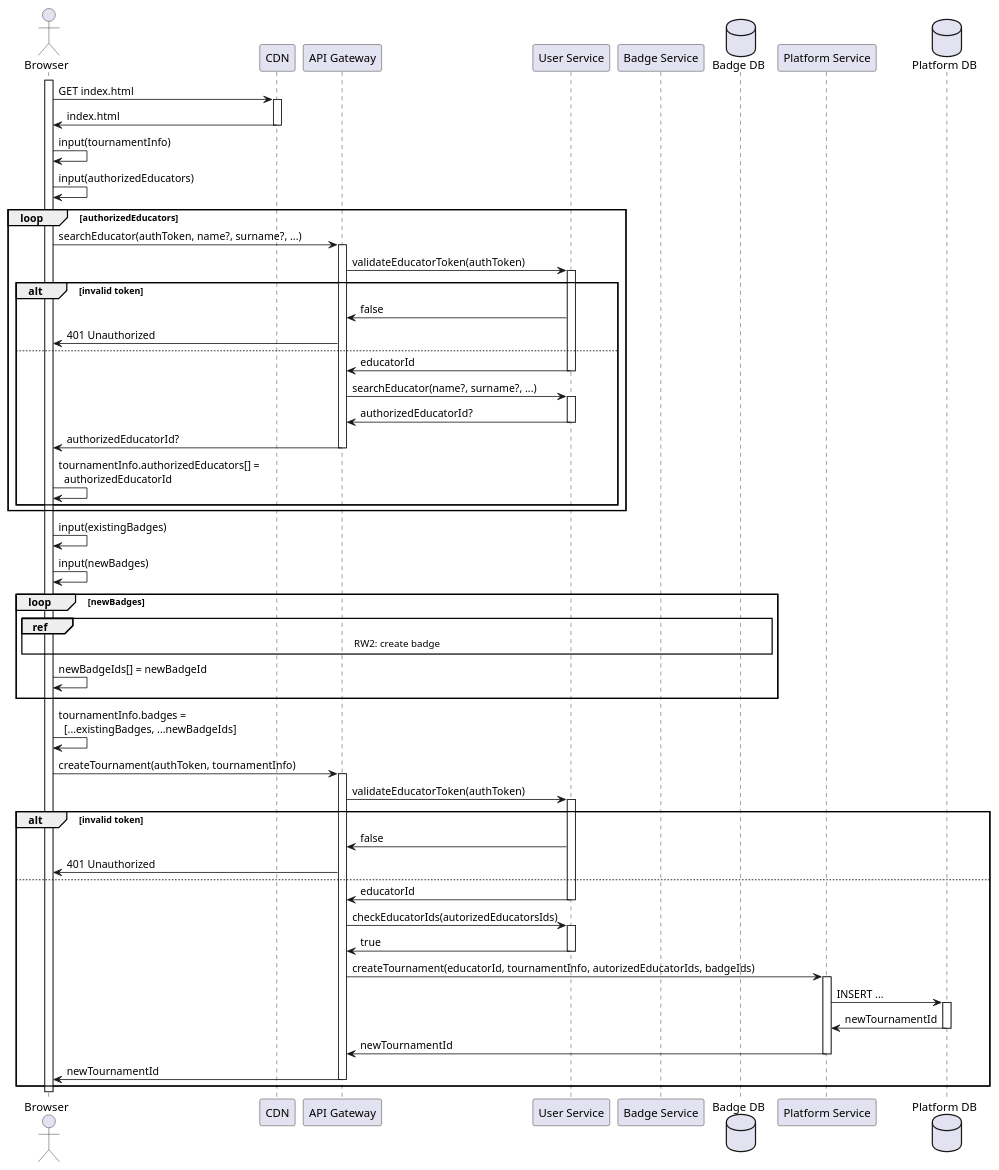
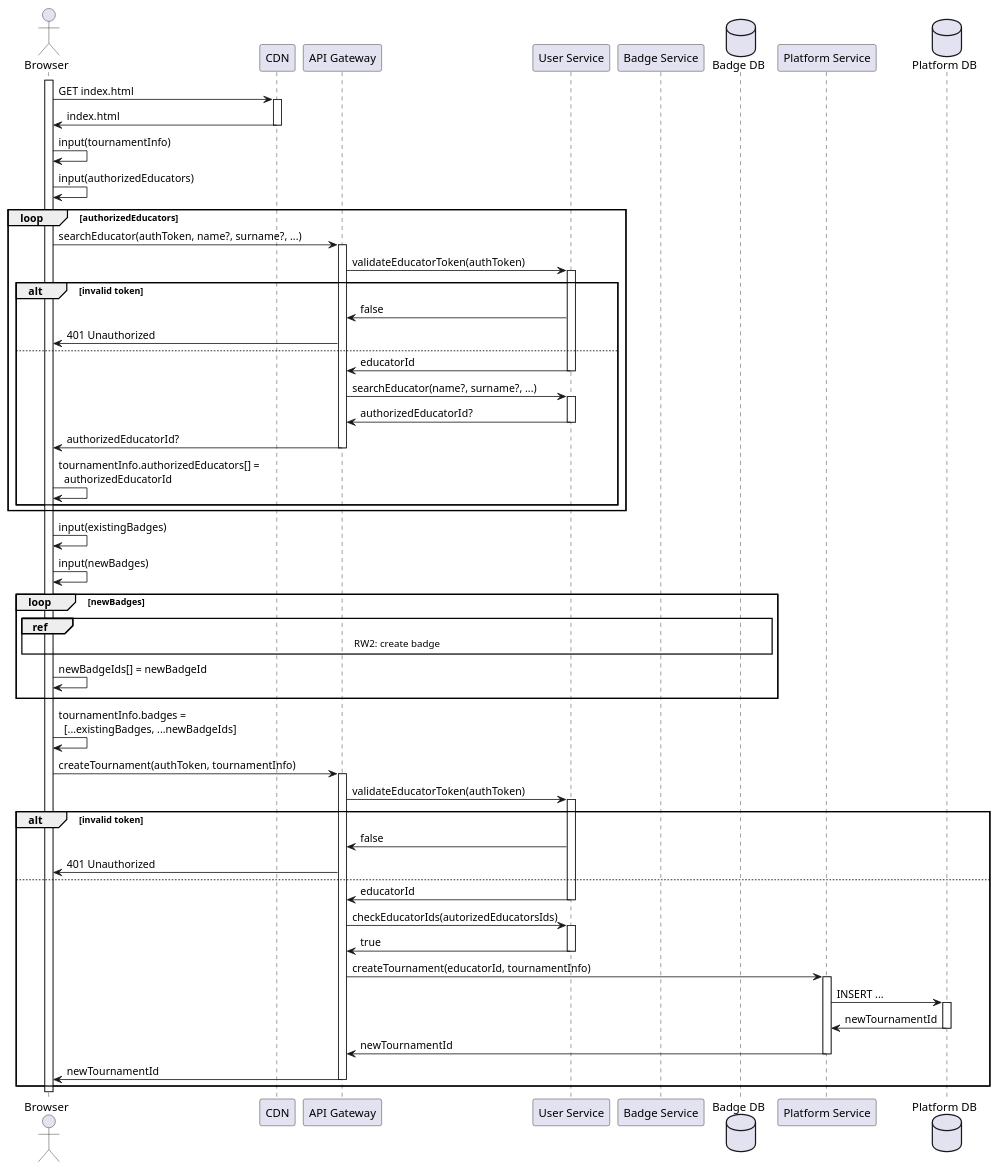
One commit to Furrrlo/CodeKataBattle changed the diagram in dd/puml/rw1.puml. Above: the diagram before and after it, drawn with PlantUML. The commit also changed 4 other files, not shown here.

```diff
--- a/dd/puml/rw1.puml
+++ b/dd/puml/rw1.puml
@@ -1,64 +1,64 @@
 @startuml RW1 - Educator creates a new Tournament
 
 actor Browser
 participant CDN
 participant "API Gateway" as gateway
 participant "User Service" as auth
 participant "Badge Service" as badges
 database "Badge DB" as badgesDb
 participant "Platform Service" as platform
 database "Platform DB" as platformDb
 
 activate Browser
 Browser -> CDN ++ : GET index.html
 Browser <- CDN -- : index.html
 
 Browser -> Browser : input(tournamentInfo)
 Browser -> Browser : input(authorizedEducators)
 
 loop authorizedEducators
     Browser -> gateway ++ : searchEducator(authToken, name?, surname?, ...)
     gateway -> auth ++ : validateEducatorToken(authToken)
     alt invalid token
         gateway <- auth : false
         Browser <- gateway : 401 Unauthorized
     else
         gateway <- auth -- : educatorId
         gateway -> auth ++ : searchEducator(name?, surname?, ...)
         gateway <- auth -- : authorizedEducatorId?
         Browser <- gateway -- : authorizedEducatorId?
         Browser -> Browser : tournamentInfo.authorizedEducators[] =\n  authorizedEducatorId
     end
 end
 
 Browser -> Browser : input(existingBadges)
 Browser -> Browser : input(newBadges)
 
 loop newBadges
     ||10||
     ref over Browser, gateway, auth, badges, badgesDb: RW2: create badge
             Browser -> Browser : newBadgeIds[] = newBadgeId
     ||5||
 end
 
 Browser -> Browser : tournamentInfo.badges =\n  [...existingBadges, ...newBadgeIds]
 Browser -> gateway ++ : createTournament(authToken, tournamentInfo)
 
 gateway -> auth ++ : validateEducatorToken(authToken)
 alt invalid token
     gateway <- auth : false
     Browser <- gateway : 401 Unauthorized
 else
     gateway <- auth -- : educatorId
     gateway -> auth ++ : checkEducatorIds(autorizedEducatorsIds)
     gateway <- auth -- : true
-    gateway -> platform ++ : createTournament(educatorId, tournamentInfo, autorizedEducatorIds, badgeIds)
+    gateway -> platform ++ : createTournament(educatorId, tournamentInfo)
     platform -> platformDb ++ : INSERT ...
     platform <- platformDb -- : newTournamentId
     gateway <- platform -- : newTournamentId
     Browser <- gateway -- : newTournamentId
 end
 
 deactivate Browser
 
 @enduml
```
